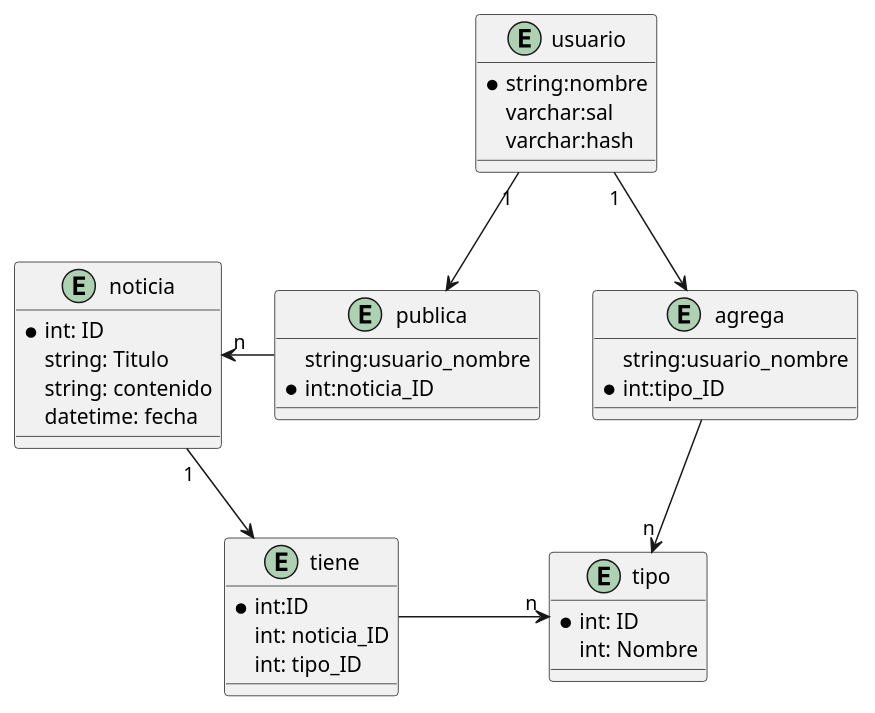
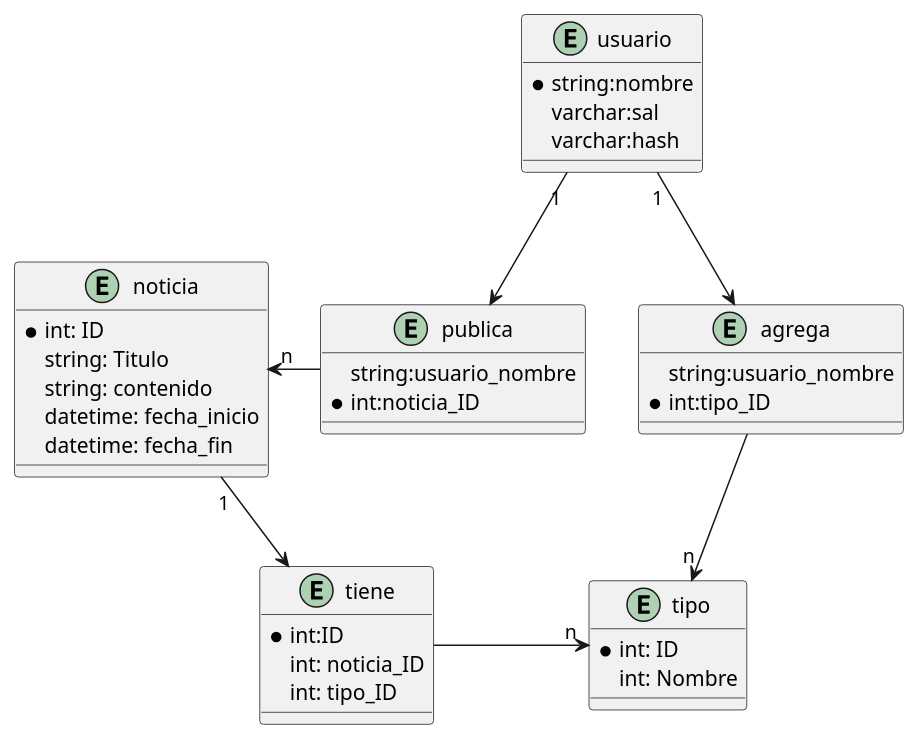
The diagram in db/estructura.puml (kurotori/CarteleraVirtualIFD), drawn with PlantUML before and after one commit. The commit also changed 4 other files, not shown here.

```diff
--- a/db/estructura.puml
+++ b/db/estructura.puml
@@ -1,43 +1,44 @@
 @startuml Cartelera
     entity noticia{
         *int: ID
         string: Titulo
         string: contenido
-        datetime: fecha
+        datetime: fecha_inicio
+        datetime: fecha_fin
     }
     
     entity tipo{
         *int: ID
         int: Nombre
     }
 
     entity tiene{
         *int:ID
         int: noticia_ID
         int: tipo_ID
     }
 
     entity usuario{
         *string:nombre
         varchar:sal
         varchar:hash
     }
 
     entity publica{
         string:usuario_nombre
         *int:noticia_ID
     }
 
     entity agrega{
         string:usuario_nombre
         *int:tipo_ID
     }
 
     noticia "1" --> tiene
     tiene -r> "n" tipo
     usuario "1" --> publica
     publica -l> "n" noticia
     usuario "1" --> agrega
     agrega --> "n" tipo
 
 @enduml
```
